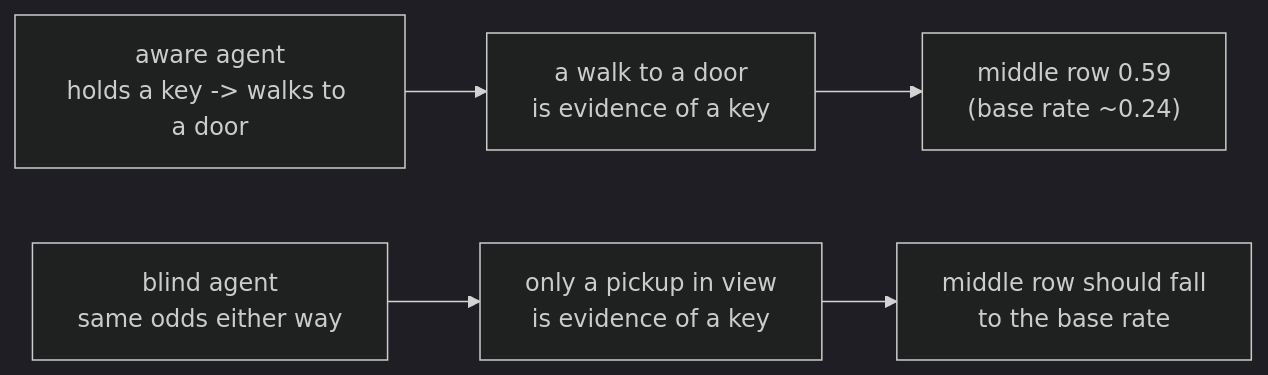
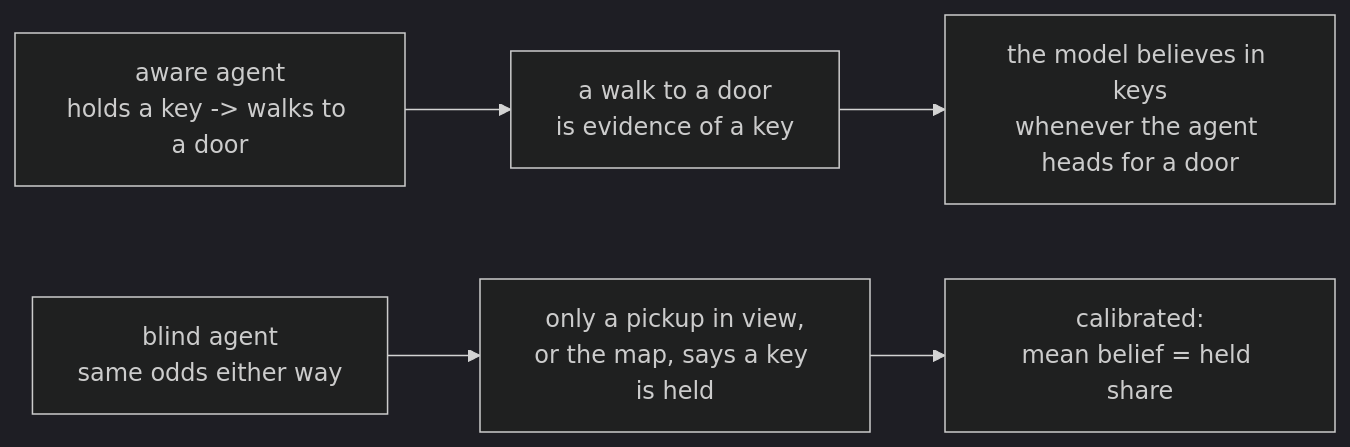
The third of 3 diagrams in docs/25-world-model.md (kunwarmahen/aksharallm), drawn with Mermaid (dark theme) before and after one commit. The commit also changed other lines of this file and 7 other files, not shown here.

````diff
--- a/docs/25-world-model.md
+++ b/docs/25-world-model.md
@@ -237,7 +234,7 @@
 ```mermaid
 flowchart LR
     A["aware agent<br/>holds a key -> walks to a door"] --> L["a walk to a door<br/>is evidence of a key"]
-    L --> M1["middle row 0.59<br/>(base rate ~0.24)"]
-    B["blind agent<br/>same odds either way"] --> N["only a pickup in view<br/>is evidence of a key"]
-    N --> M2["middle row should fall<br/>to the base rate"]
+    L --> M1["the model believes in keys<br/>whenever the agent heads for a door"]
+    B["blind agent<br/>same odds either way"] --> N["only a pickup in view,<br/>or the map, says a key is held"]
+    N --> M2["calibrated:<br/>mean belief = held share"]
 ```
````
